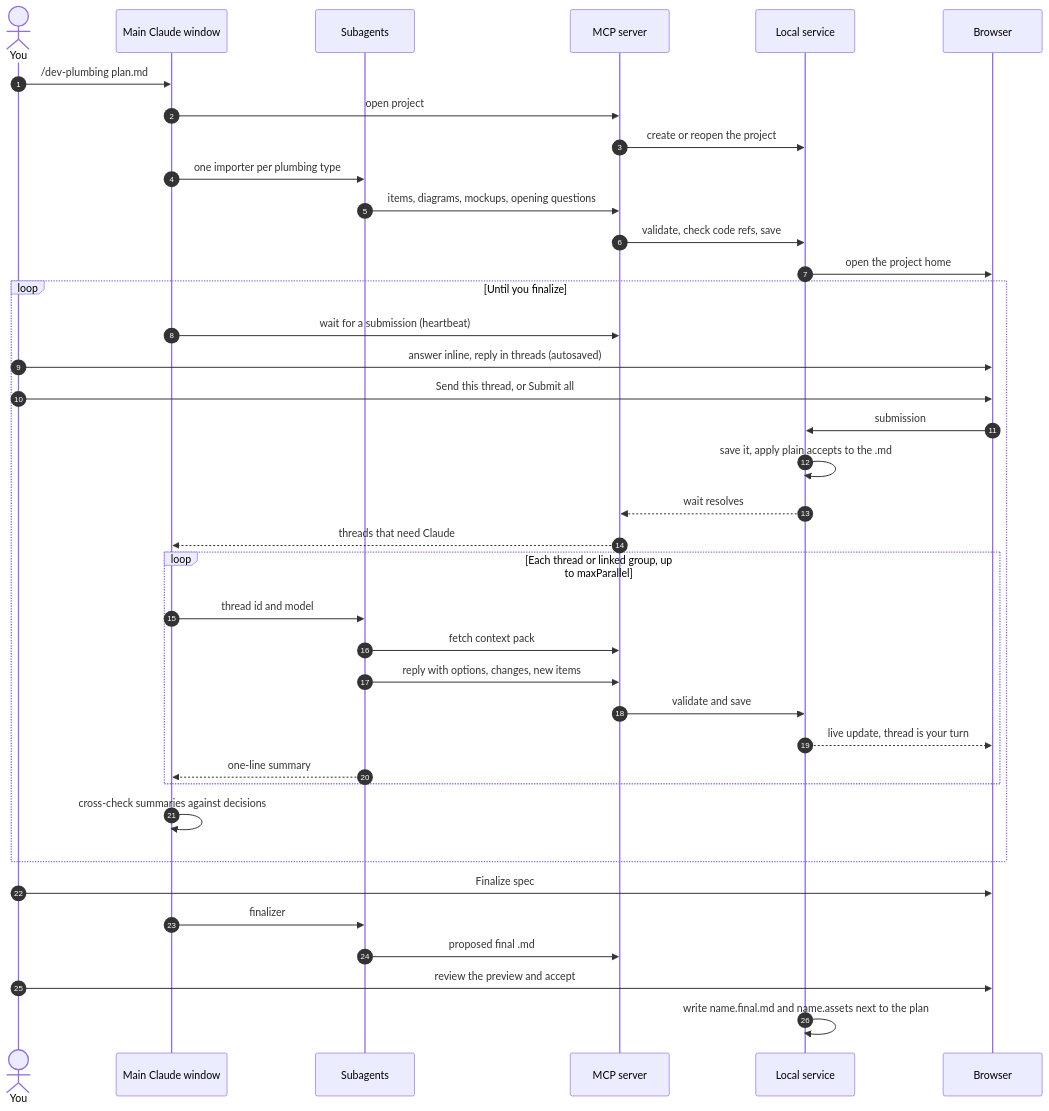
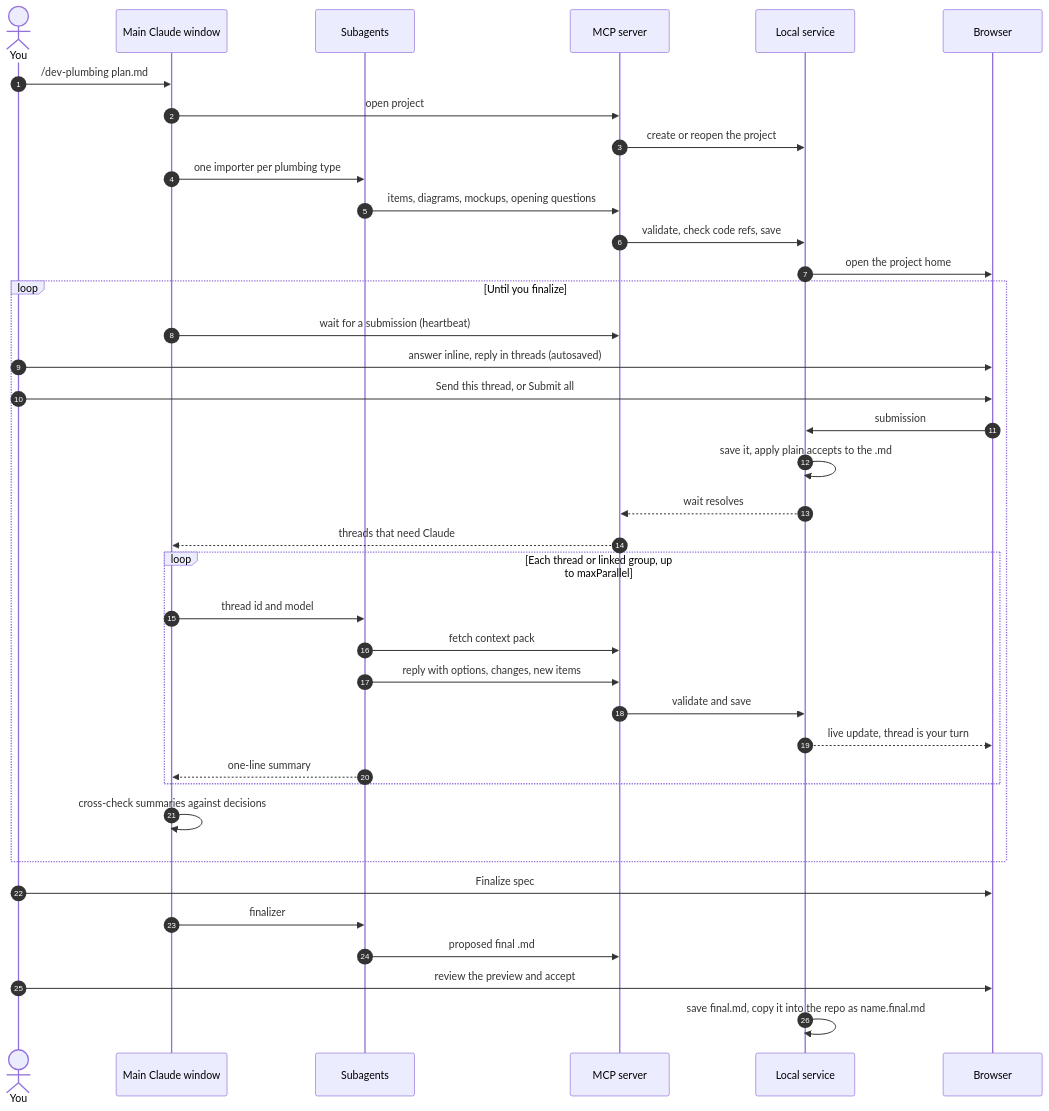
One commit to jordanframptondev/dev-plumbing changed the second of 2 diagrams in SPEC.md. Above: the diagram before and after it, drawn with Mermaid. The commit also changed other lines of this file, not shown here.

Commit message:
docs(spec): keep original, draft and final in the plumbing project; only the final is copied into the repo

````diff
--- a/SPEC.md
+++ b/SPEC.md
@@ -344,41 +353,41 @@
 ```mermaid
 sequenceDiagram
     autonumber
     actor You
     participant MW as Main Claude window
     participant SA as Subagents
     participant MCP as MCP server
     participant SV as Local service
     participant BR as Browser
 
     You->>MW: /dev-plumbing plan.md
     MW->>MCP: open project
     MCP->>SV: create or reopen the project
     MW->>SA: one importer per plumbing type
     SA->>MCP: items, diagrams, mockups, opening questions
     MCP->>SV: validate, check code refs, save
     SV->>BR: open the project home
     loop Until you finalize
         MW->>MCP: wait for a submission (heartbeat)
         You->>BR: answer inline, reply in threads (autosaved)
         You->>BR: Send this thread, or Submit all
         BR->>SV: submission
         SV->>SV: save it, apply plain accepts to the .md
         SV-->>MCP: wait resolves
         MCP-->>MW: threads that need Claude
         loop Each thread or linked group, up to maxParallel
             MW->>SA: thread id and model
             SA->>MCP: fetch context pack
             SA->>MCP: reply with options, changes, new items
             MCP->>SV: validate and save
             SV-->>BR: live update, thread is your turn
             SA-->>MW: one-line summary
         end
         MW->>MW: cross-check summaries against decisions
     end
     You->>BR: Finalize spec
     MW->>SA: finalizer
     SA->>MCP: proposed final .md
     You->>BR: review the preview and accept
-    SV->>SV: write name.final.md and name.assets next to the plan
+    SV->>SV: save final.md, copy it into the repo as name.final.md
 ```
````
